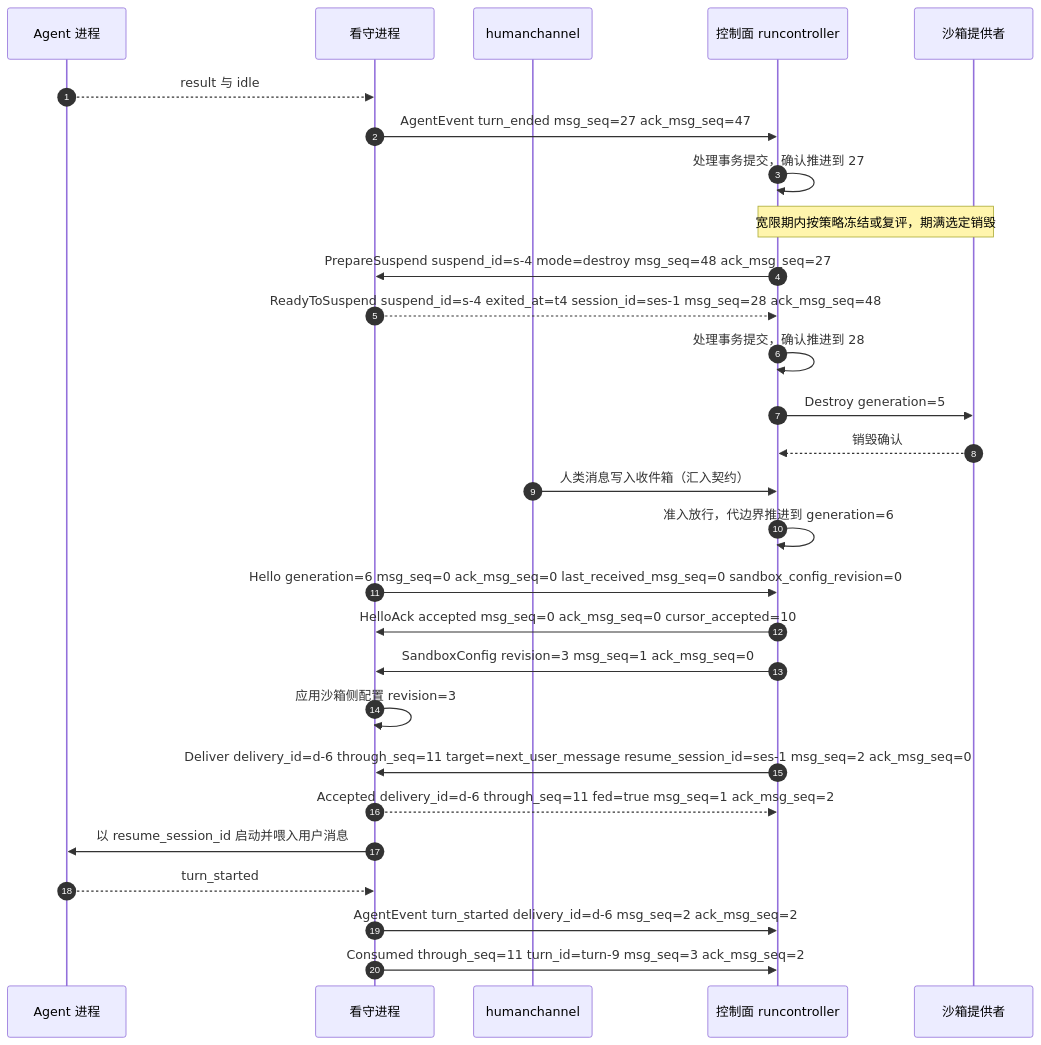
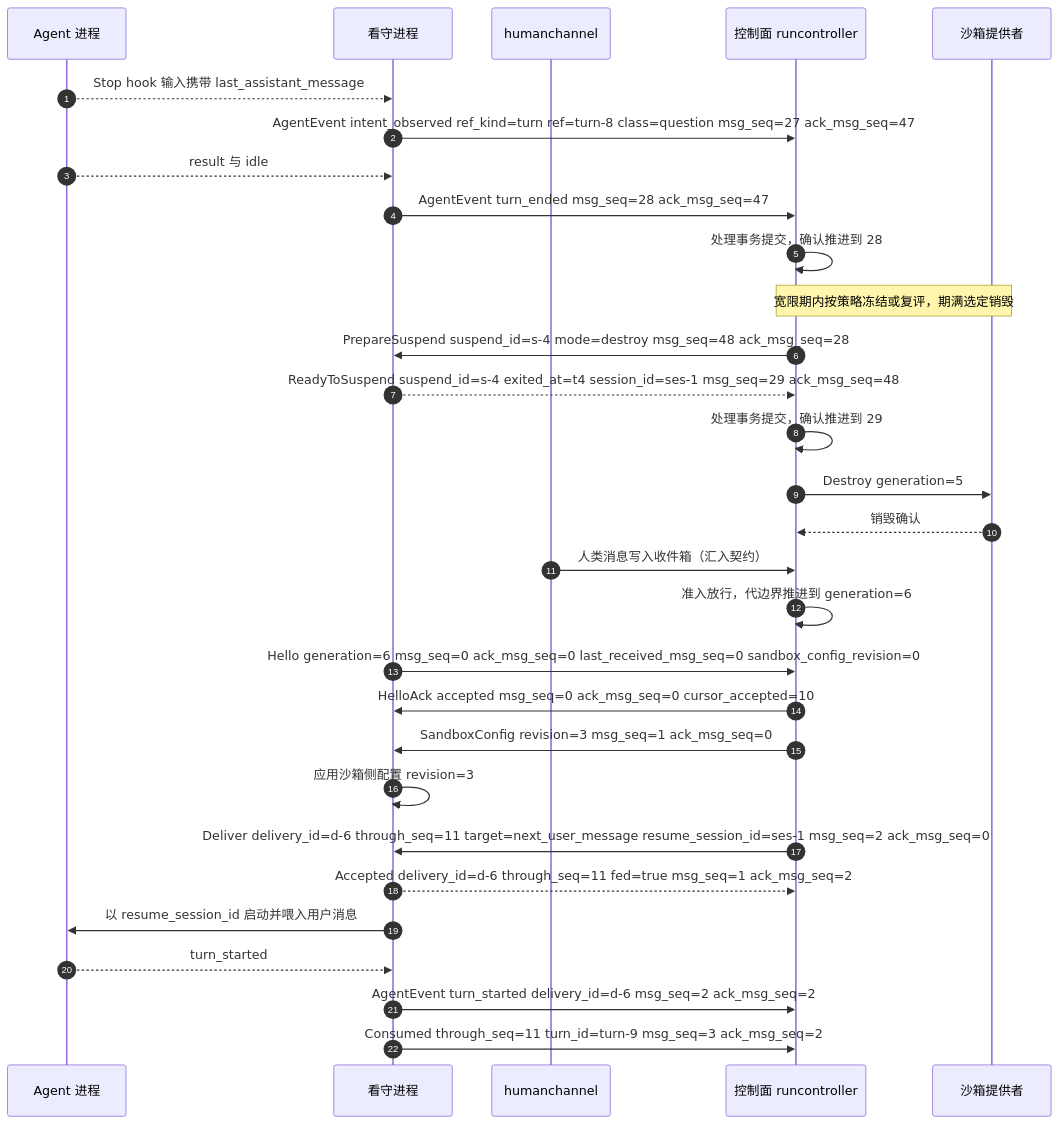
One commit to wangzw/castworks changed the sixth of 8 diagrams in docs/design/modules/design-agentprotocol.md. Above: the diagram before and after it, drawn with Mermaid. The commit also changed other lines of this file and 16 other files, not shown here.

````diff
--- a/docs/design/modules/design-agentprotocol.md
+++ b/docs/design/modules/design-agentprotocol.md
@@ -479,30 +483,32 @@
 ```mermaid
 sequenceDiagram
     autonumber
     participant A as Agent 进程
     participant W as 看守进程
     participant H as humanchannel
     participant R as 控制面 runcontroller
     participant P as 沙箱提供者
+    A-->>W: Stop hook 输入携带 last_assistant_message
+    W->>R: AgentEvent intent_observed ref_kind=turn ref=turn-8 class=question msg_seq=27 ack_msg_seq=47
     A-->>W: result 与 idle
-    W->>R: AgentEvent turn_ended msg_seq=27 ack_msg_seq=47
-    R->>R: 处理事务提交，确认推进到 27
+    W->>R: AgentEvent turn_ended msg_seq=28 ack_msg_seq=47
+    R->>R: 处理事务提交，确认推进到 28
     Note over R,P: 宽限期内按策略冻结或复评，期满选定销毁
-    R->>W: PrepareSuspend suspend_id=s-4 mode=destroy msg_seq=48 ack_msg_seq=27
-    W-->>R: ReadyToSuspend suspend_id=s-4 exited_at=t4 session_id=ses-1 msg_seq=28 ack_msg_seq=48
-    R->>R: 处理事务提交，确认推进到 28
+    R->>W: PrepareSuspend suspend_id=s-4 mode=destroy msg_seq=48 ack_msg_seq=28
+    W-->>R: ReadyToSuspend suspend_id=s-4 exited_at=t4 session_id=ses-1 msg_seq=29 ack_msg_seq=48
+    R->>R: 处理事务提交，确认推进到 29
     R->>P: Destroy generation=5
     P-->>R: 销毁确认
     H->>R: 人类消息写入收件箱（汇入契约）
     R->>R: 准入放行，代边界推进到 generation=6
     W->>R: Hello generation=6 msg_seq=0 ack_msg_seq=0 last_received_msg_seq=0 sandbox_config_revision=0
     R->>W: HelloAck accepted msg_seq=0 ack_msg_seq=0 cursor_accepted=10
     R->>W: SandboxConfig revision=3 msg_seq=1 ack_msg_seq=0
     W->>W: 应用沙箱侧配置 revision=3
     R->>W: Deliver delivery_id=d-6 through_seq=11 target=next_user_message resume_session_id=ses-1 msg_seq=2 ack_msg_seq=0
     W-->>R: Accepted delivery_id=d-6 through_seq=11 fed=true msg_seq=1 ack_msg_seq=2
     W->>A: 以 resume_session_id 启动并喂入用户消息
     A-->>W: turn_started
     W->>R: AgentEvent turn_started delivery_id=d-6 msg_seq=2 ack_msg_seq=2
     W->>R: Consumed through_seq=11 turn_id=turn-9 msg_seq=3 ack_msg_seq=2
 ```
````
